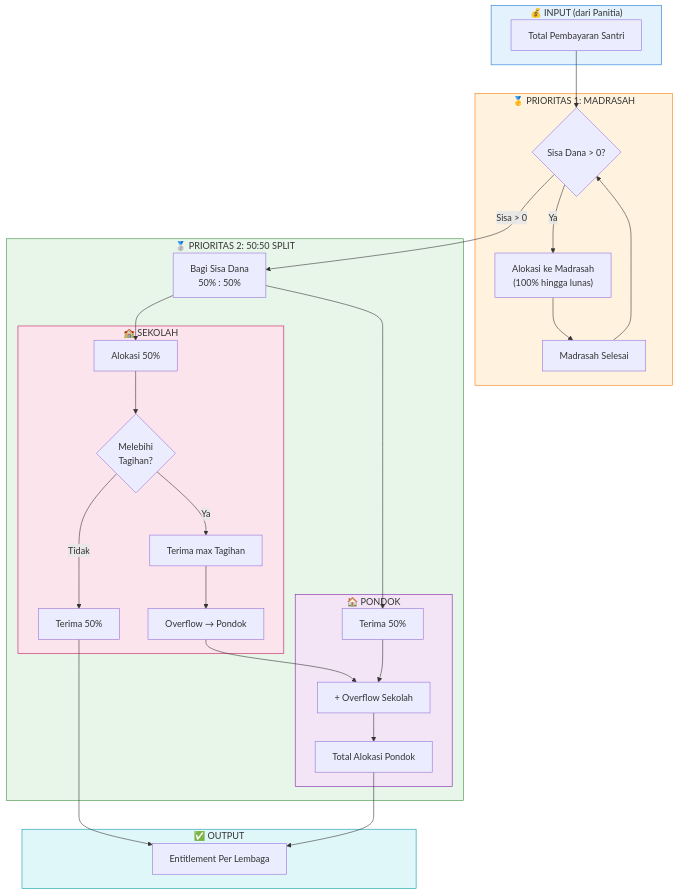
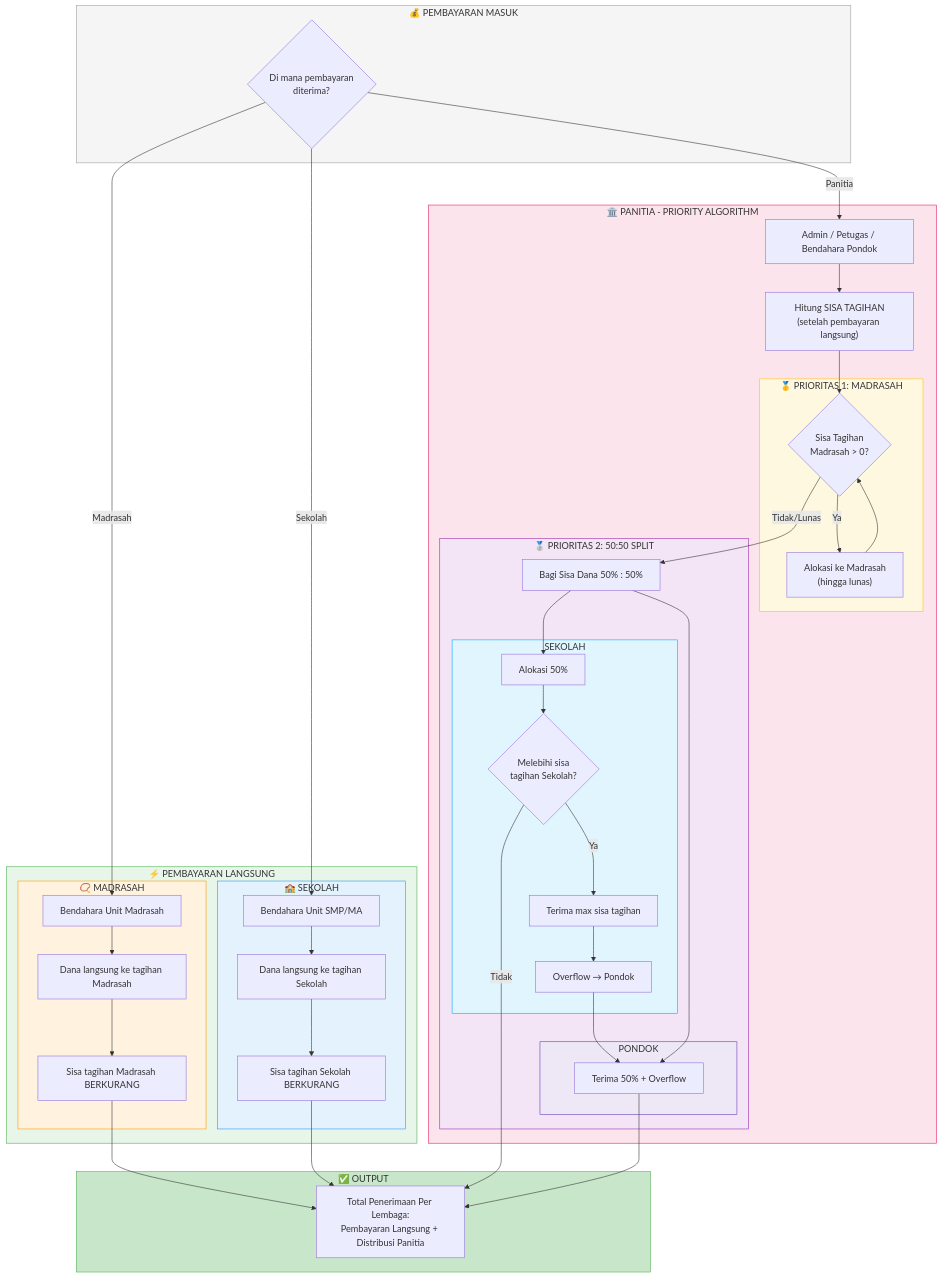
One commit to mfauzanhanif/psb changed the diagram in docs/PRIORITY_ALGORITHM.md. Above: the diagram before and after it, drawn with Mermaid. The commit also changed other lines of this file, not shown here.

Commit message:
update dokumentasi

````diff
--- a/docs/PRIORITY_ALGORITHM.md
+++ b/docs/PRIORITY_ALGORITHM.md
@@ -62,60 +14,80 @@
 ```mermaid
 flowchart TD
-    subgraph INPUT["💰 INPUT (dari Panitia)"]
-        A["Total Pembayaran Santri"]
+    subgraph INPUT["💰 PEMBAYARAN MASUK"]
+        A{"Di mana pembayaran<br/>diterima?"}
     end
 
-    subgraph PRIORITY1["🥇 PRIORITAS 1: MADRASAH"]
-        B{"Sisa Dana > 0?"}
-        C["Alokasi ke Madrasah<br/>(100% hingga lunas)"]
-        D["Madrasah Selesai"]
+    subgraph DIRECT["⚡ PEMBAYARAN LANGSUNG"]
+        subgraph MADRASAH_DIRECT["📿 MADRASAH"]
+            E["Bendahara Unit Madrasah"]
+            E1["Dana langsung ke tagihan Madrasah"]
+            E2["Sisa tagihan Madrasah BERKURANG"]
+        end
+        
+        subgraph SEKOLAH_DIRECT["🏫 SEKOLAH"]
+            H["Bendahara Unit SMP/MA"]
+            H1["Dana langsung ke tagihan Sekolah"]
+            H2["Sisa tagihan Sekolah BERKURANG"]
+        end
     end
 
-    subgraph PRIORITY2["🥈 PRIORITAS 2: 50:50 SPLIT"]
-        E["Bagi Sisa Dana<br/>50% : 50%"]
+    subgraph PANITIA["🏛️ PANITIA - PRIORITY ALGORITHM"]
+        B["Admin / Petugas / Bendahara Pondok"]
+        B1["Hitung SISA TAGIHAN<br/>(setelah pembayaran langsung)"]
         
-        subgraph SEKOLAH_SPLIT["🏫 SEKOLAH"]
-            F["Alokasi 50%"]
-            G{"Melebihi<br/>Tagihan?"}
-            H["Terima max Tagihan"]
-            I["Terima 50%"]
-            J["Overflow → Pondok"]
+        subgraph PRIORITY1["🥇 PRIORITAS 1: MADRASAH"]
+            C{"Sisa Tagihan<br/>Madrasah > 0?"}
+            C1["Alokasi ke Madrasah<br/>(hingga lunas)"]
         end
         
-        subgraph PONDOK["🏠 PONDOK"]
-            K["Terima 50%"]
-            L["+ Overflow Sekolah"]
-            M["Total Alokasi Pondok"]
+        subgraph PRIORITY2["🥈 PRIORITAS 2: 50:50 SPLIT"]
+            D["Bagi Sisa Dana 50% : 50%"]
+            
+            subgraph SEKOLAH_SPLIT["SEKOLAH"]
+                D1["Alokasi 50%"]
+                D2{"Melebihi sisa<br/>tagihan Sekolah?"}
+                D3["Terima max sisa tagihan"]
+                D4["Overflow → Pondok"]
+            end
+            
+            subgraph PONDOK_SPLIT["PONDOK"]
+                D5["Terima 50% + Overflow"]
+            end
         end
     end
 
     subgraph OUTPUT["✅ OUTPUT"]
-        N["Entitlement Per Lembaga"]
+        N["Total Penerimaan Per Lembaga:<br/>Pembayaran Langsung + Distribusi Panitia"]
     end
 
-    A --> B
-    B -->|Ya| C
-    C --> D
-    D --> B
-    B -->|"Sisa > 0"| E
+    A -->|Madrasah| E
+    A -->|Sekolah| H
+    A -->|Panitia| B
     
-    E --> F
-    F --> G
-    G -->|Ya| H
-    G -->|Tidak| I
-    H --> J
-    J --> L
-    I --> N
+    E --> E1 --> E2 --> N
+    H --> H1 --> H2 --> N
     
-    E --> K
-    K --> L
-    L --> M
-    M --> N
+    B --> B1 --> C
+    C -->|Ya| C1
+    C1 --> C
+    C -->|Tidak/Lunas| D
+    
+    D --> D1
+    D1 --> D2
+    D2 -->|Ya| D3 --> D4
+    D2 -->|Tidak| N
+    D4 --> D5
+    D --> D5
+    D5 --> N
 
-    style INPUT fill:#e3f2fd,stroke:#1976d2
-    style PRIORITY1 fill:#fff3e0,stroke:#f57c00
-    style PRIORITY2 fill:#e8f5e9,stroke:#388e3c
-    style SEKOLAH_SPLIT fill:#fce4ec,stroke:#c2185b
-    style PONDOK fill:#f3e5f5,stroke:#7b1fa2
-    style OUTPUT fill:#e0f7fa,stroke:#0097a7
+    style INPUT fill:#f5f5f5,stroke:#9e9e9e
+    style DIRECT fill:#e8f5e9,stroke:#4caf50
+    style MADRASAH_DIRECT fill:#fff3e0,stroke:#ff9800
+    style SEKOLAH_DIRECT fill:#e3f2fd,stroke:#2196f3
+    style PANITIA fill:#fce4ec,stroke:#e91e63
+    style PRIORITY1 fill:#fff8e1,stroke:#ffc107
+    style PRIORITY2 fill:#f3e5f5,stroke:#9c27b0
+    style SEKOLAH_SPLIT fill:#e1f5fe,stroke:#03a9f4
+    style PONDOK_SPLIT fill:#ede7f6,stroke:#673ab7
+    style OUTPUT fill:#c8e6c9,stroke:#4caf50
 ```
````
